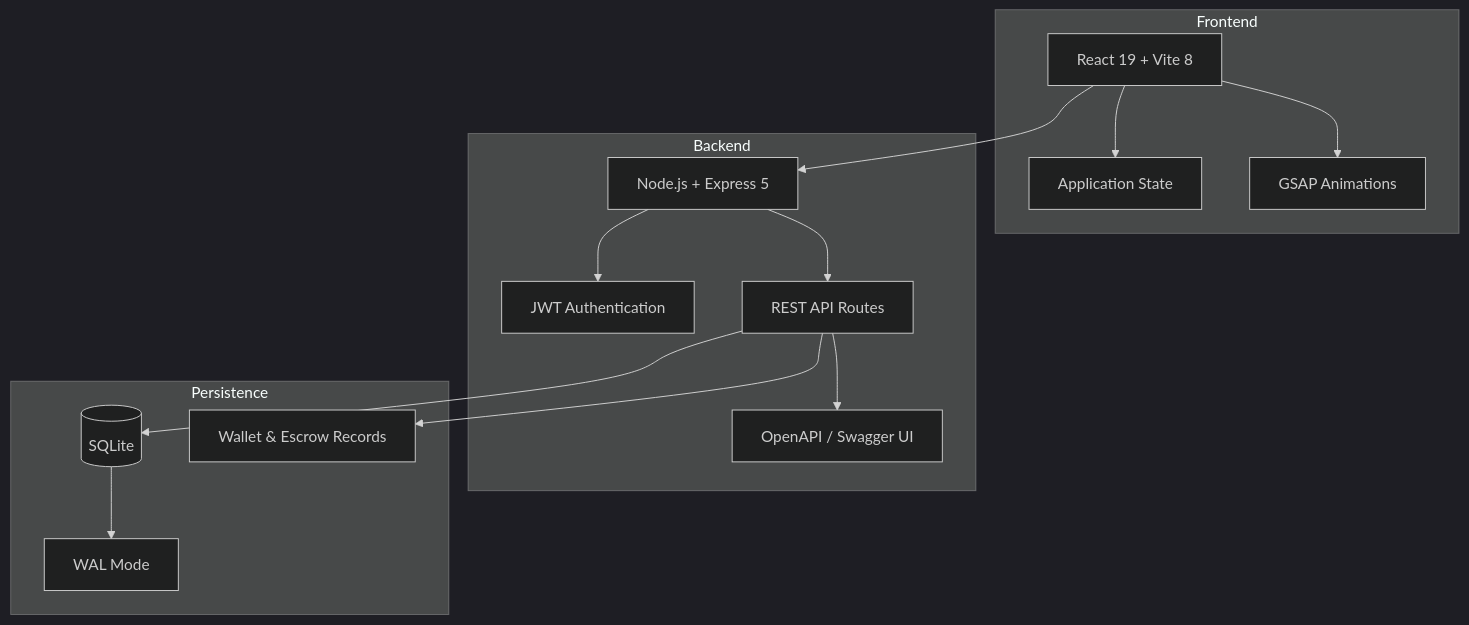
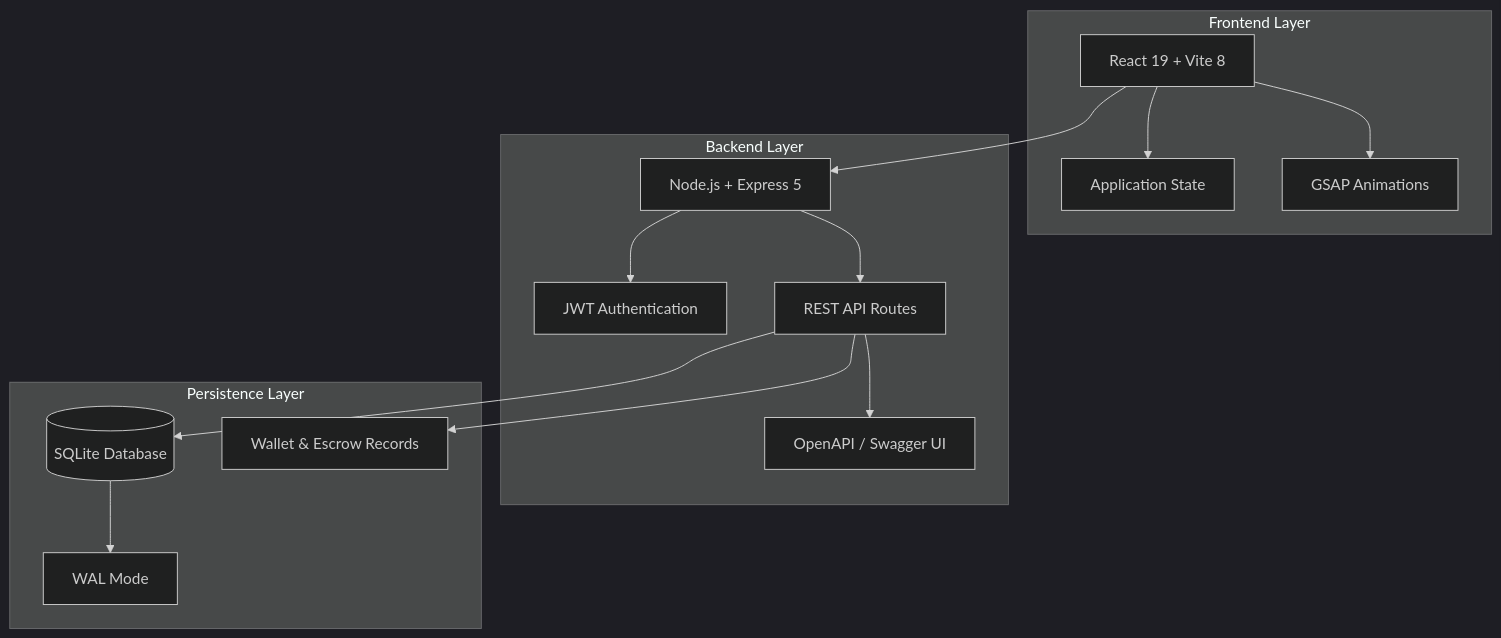
Before and after one commit to rasesh13/freelance-project-axlero: the diagram in README.md, drawn with Mermaid (dark theme). The commit also changed other lines of this file, not shown here.

````diff
--- a/README.md
+++ b/README.md
@@ -214,31 +230,33 @@
 ```mermaid
 flowchart TB
-    subgraph CLIENT["Frontend"]
+    subgraph CLIENT["Frontend Layer"]
         UI["React 19 + Vite 8"]
         STATE["Application State"]
         MOTION["GSAP Animations"]
     end
 
-    subgraph SERVER["Backend"]
+    subgraph SERVER["Backend Layer"]
         API["Node.js + Express 5"]
         AUTH["JWT Authentication"]
         ROUTES["REST API Routes"]
         DOCS["OpenAPI / Swagger UI"]
     end
 
-    subgraph DATA["Persistence"]
-        DB[("SQLite")]
+    subgraph DATA["Persistence Layer"]
+        DB[("SQLite Database")]
         WAL["WAL Mode"]
         LEDGER["Wallet & Escrow Records"]
     end
 
     UI --> STATE
     UI --> MOTION
     UI --> API
+
     API --> AUTH
     API --> ROUTES
     ROUTES --> DOCS
     ROUTES --> DB
+
     DB --> WAL
     ROUTES --> LEDGER
 ```
````
